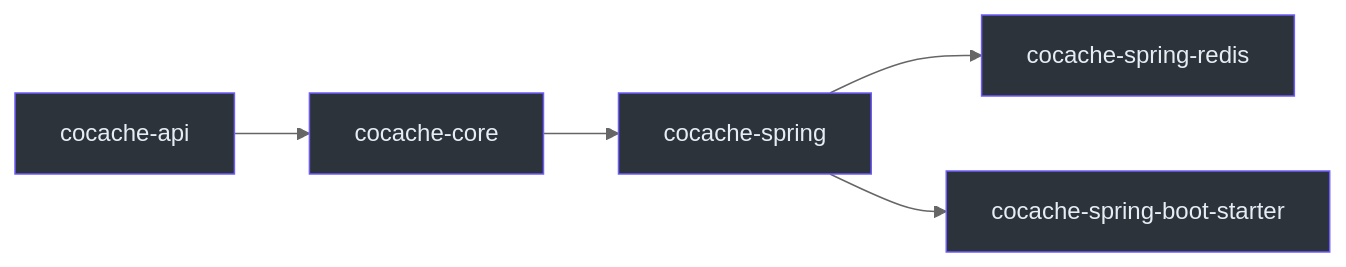
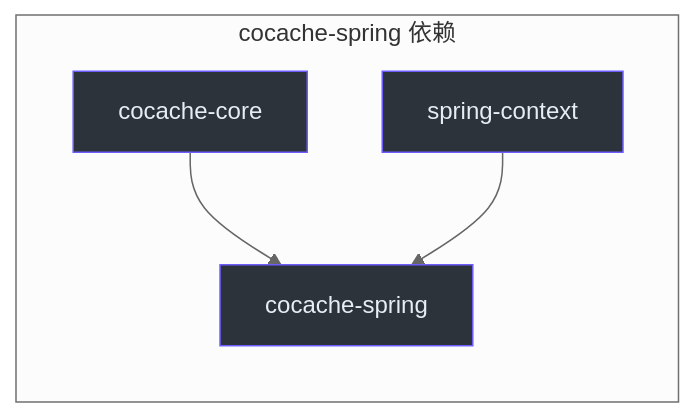
The first of 6 diagrams in wiki/zh/modules/cocache-spring.md (Ahoo-Wang/CoCache), drawn with Mermaid (neutral theme) before and after one commit. The commit also changed other lines of this file and 25 other files, not shown here.

````diff
--- a/wiki/zh/modules/cocache-spring.md
+++ b/wiki/zh/modules/cocache-spring.md
@@ -12,13 +12,18 @@
 ```mermaid
 graph LR
-    API["cocache-api"] --> Core["cocache-core"]
-    Core --> Spring["cocache-spring"]
-    Spring --> Redis["cocache-spring-redis"]
-    Spring --> Starter["cocache-spring-boot-starter"]
+    subgraph sg_50 ["cocache-spring 依赖"]
 
-    style API fill:#2d333b,stroke:#6d5dfc,color:#e6edf3
-    style Core fill:#2d333b,stroke:#6d5dfc,color:#e6edf3
-    style Spring fill:#2d333b,stroke:#6d5dfc,color:#e6edf3
-    style Redis fill:#2d333b,stroke:#6d5dfc,color:#e6edf3
-    style Starter fill:#2d333b,stroke:#6d5dfc,color:#e6edf3
+        core["cocache-core"]
+        style core fill:#2d333b,stroke:#6d5dfc,color:#e6edf3
+
+        spring_mod["cocache-spring"]
+        style spring_mod fill:#2d333b,stroke:#6d5dfc,color:#e6edf3
+
+        spring_ctx["spring-context"]
+        style spring_ctx fill:#2d333b,stroke:#6d5dfc,color:#e6edf3
+
+        core --> spring_mod
+        spring_ctx --> spring_mod
+    end
+
 ```
````
